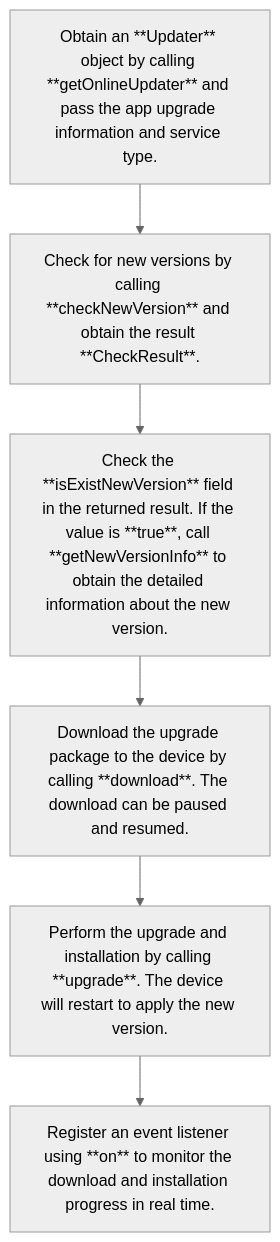
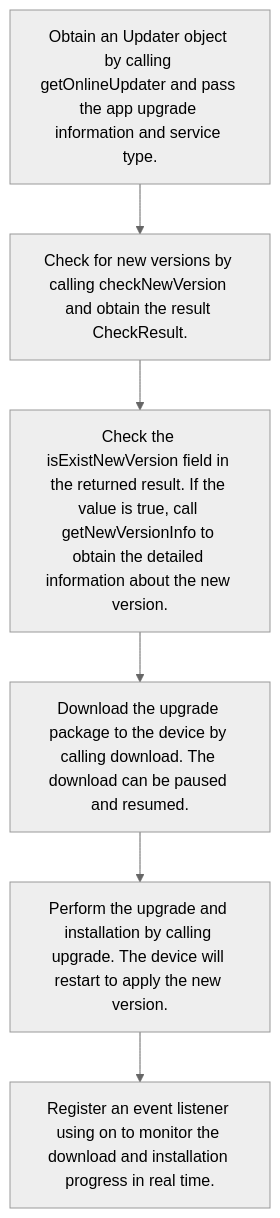
The fourth of 9 diagrams in en/application-dev/reference/apis-basic-services-kit/js-apis-update-sys.md (openharmony-rs/openharmony-docs), drawn with Mermaid (neutral theme) before and after one commit. The commit also changed other lines of this file, not shown here.

````diff
--- a/en/application-dev/reference/apis-basic-services-kit/js-apis-update-sys.md
+++ b/en/application-dev/reference/apis-basic-services-kit/js-apis-update-sys.md
@@ -248,8 +248,8 @@
 ```mermaid
 graph TD
-    A[Obtain an **Updater** object by calling **getOnlineUpdater** and pass the app upgrade information and service type.] --> B[Check for new versions by calling **checkNewVersion** and obtain the result **CheckResult**.]
-    B --> C[Check the **isExistNewVersion** field in the returned result. If the value is **true**, call **getNewVersionInfo** to obtain the detailed information about the new version.]
-    C --> D[Download the upgrade package to the device by calling **download**. The download can be paused and resumed.]
-    D --> E[Perform the upgrade and installation by calling **upgrade**. The device will restart to apply the new version.]
-    E --> F[Register an event listener using **on** to monitor the download and installation progress in real time.]
+    A[Obtain an Updater object by calling getOnlineUpdater and pass the app upgrade information and service type.] --> B[Check for new versions by calling checkNewVersion and obtain the result CheckResult.]
+    B --> C[Check the isExistNewVersion field in the returned result. If the value is true, call getNewVersionInfo to obtain the detailed information about the new version.]
+    C --> D[Download the upgrade package to the device by calling download. The download can be paused and resumed.]
+    D --> E[Perform the upgrade and installation by calling upgrade. The device will restart to apply the new version.]
+    E --> F[Register an event listener using on to monitor the download and installation progress in real time.]
 ```
````
